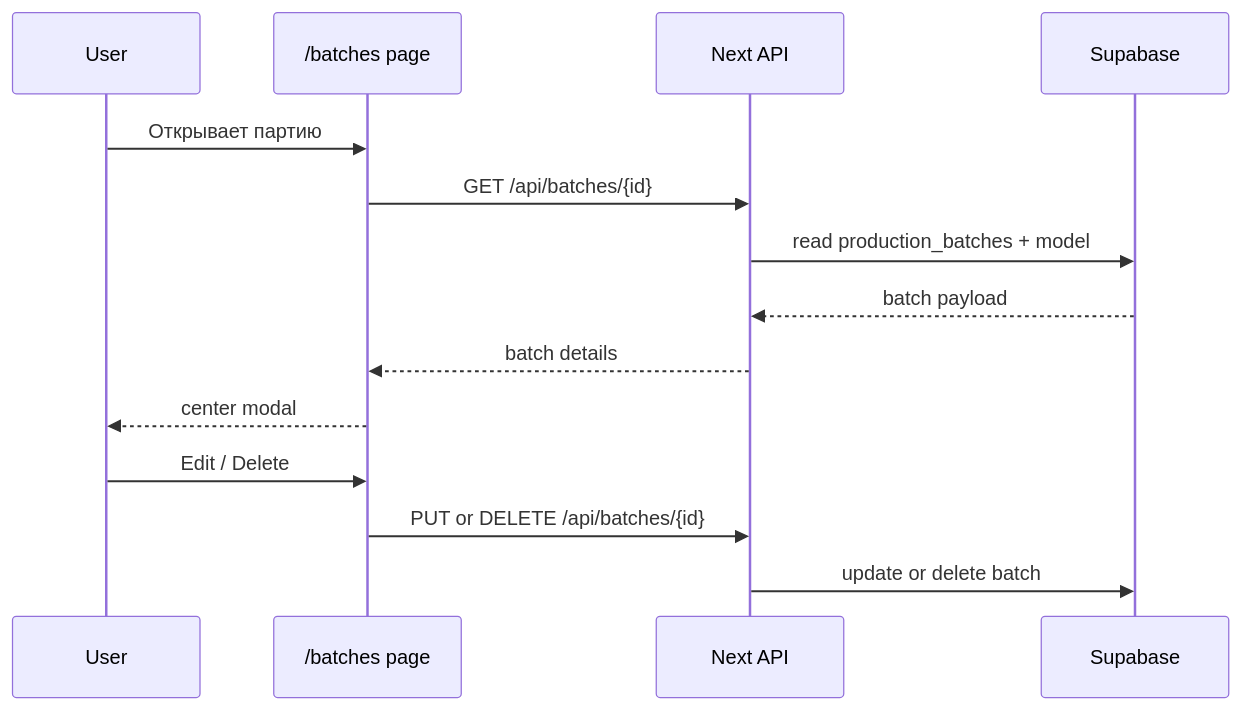
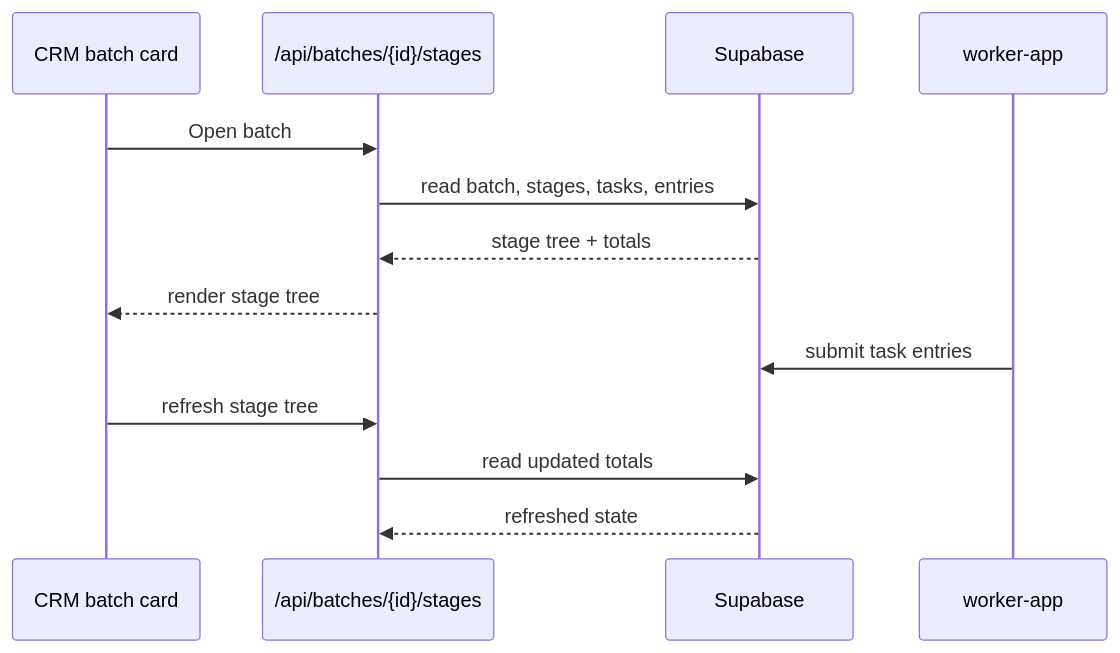
The third of 3 diagrams in crm/docs/production/manufacturing-process.md (yobozavrik/shveyka_v2), drawn with Mermaid before and after one commit. The commit also changed other lines of this file and 5 other files, not shown here.

Commit message:
Document CRM and worker API architecture

````diff
--- a/crm/docs/production/manufacturing-process.md
+++ b/crm/docs/production/manufacturing-process.md
@@ -99,17 +69,16 @@
 ```mermaid
 sequenceDiagram
-    participant U as User
-    participant UI as /batches page
-    participant API as Next API
-    participant DB as Supabase
+  participant CRM as CRM batch card
+  participant API as /api/batches/{id}/stages
+  participant DB as Supabase
+  participant W as worker-app
 
-    U->>UI: Открывает партию
-    UI->>API: GET /api/batches/{id}
-    API->>DB: read production_batches + model
-    DB-->>API: batch payload
-    API-->>UI: batch details
-    UI-->>U: center modal
-    U->>UI: Edit / Delete
-    UI->>API: PUT or DELETE /api/batches/{id}
-    API->>DB: update or delete batch
+  CRM->>API: Open batch
+  API->>DB: read batch, stages, tasks, entries
+  DB-->>API: stage tree + totals
+  API-->>CRM: render stage tree
+  W->>DB: submit task entries
+  CRM->>API: refresh stage tree
+  API->>DB: read updated totals
+  DB-->>API: refreshed state
 ```
````
